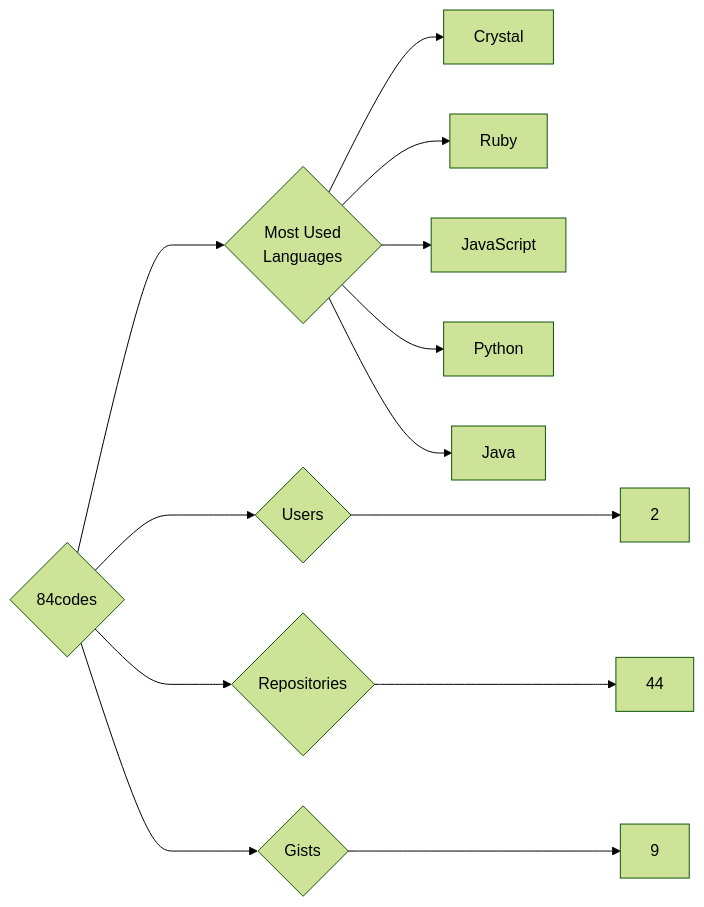
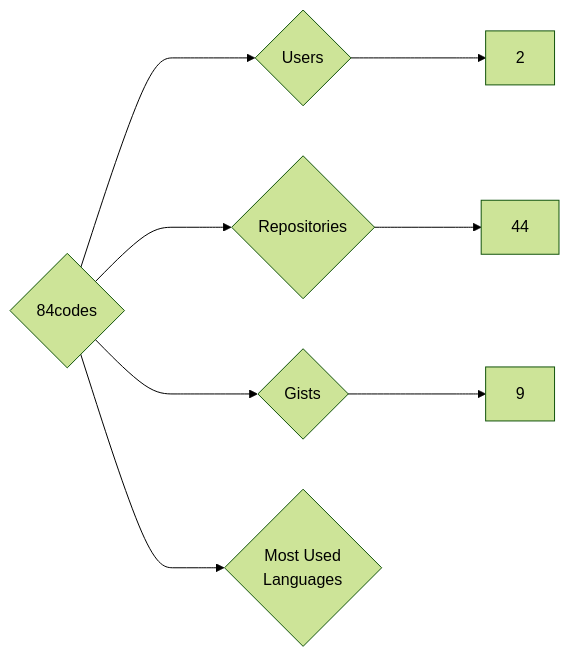
One commit to nenadzaric/insiders changed the diagram in targets/84codes/README.md. Above: the diagram before and after it, drawn with Mermaid (forest theme). The commit also changed 14 other files, not shown here.

````diff
--- a/targets/84codes/README.md
+++ b/targets/84codes/README.md
@@ -3,13 +3,8 @@
 ```mermaid
 graph LR
 COMPANY_NAME{84codes}
 COMPANY_NAME ---> U{Users} ---> UN[2]
 COMPANY_NAME ---> R{Repositories} ---> RN[44]
 COMPANY_NAME ---> G{Gists} ---> GN[9]
 COMPANY_NAME ---> ML{Most Used<br>Languages}
-ML --> Crystal[Crystal]
-ML --> Ruby[Ruby]
-ML --> JavaScript[JavaScript]
-ML --> Python[Python]
-ML --> Java[Java]
 ```
````
